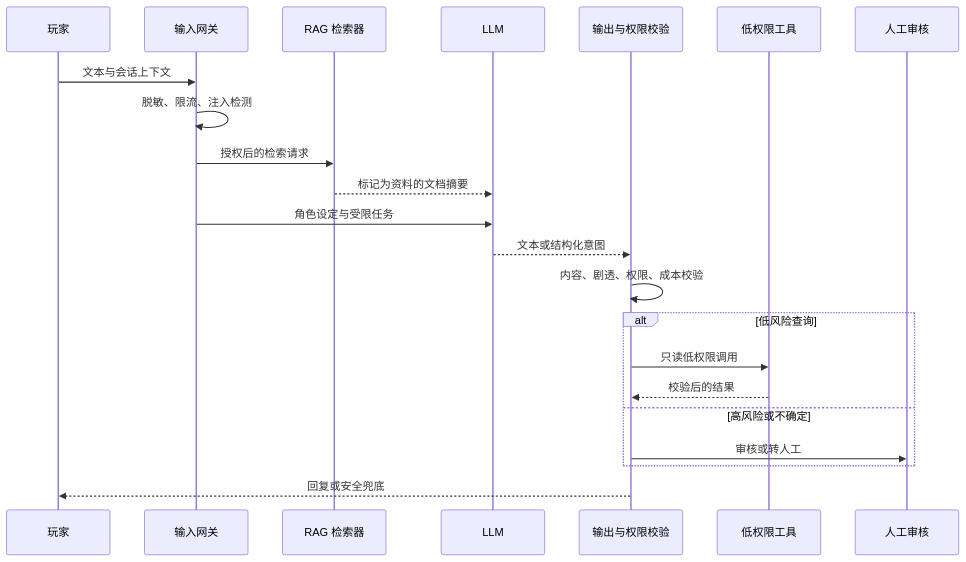
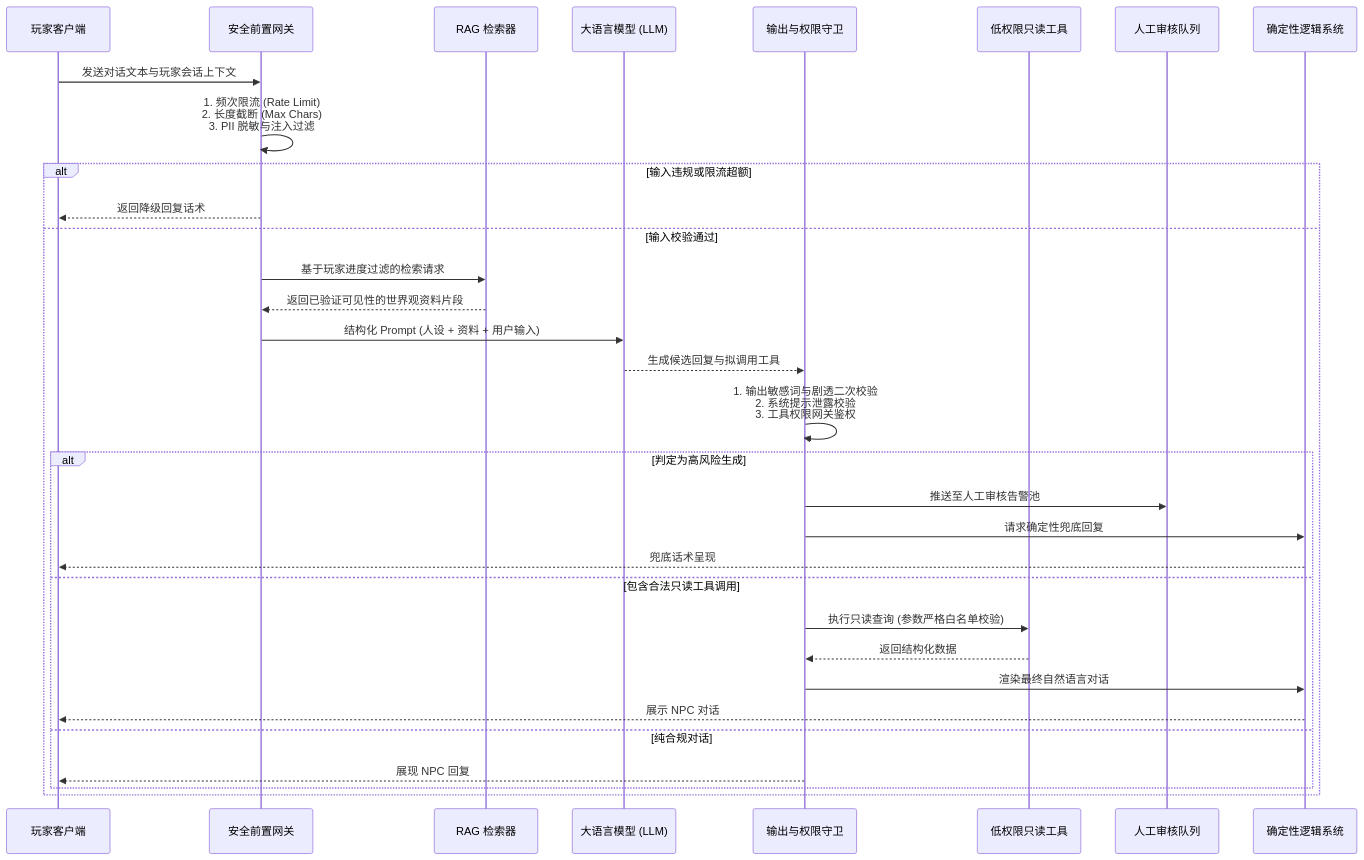
One commit to fantuan812/learning changed the third of 4 diagrams in 游戏AI/03-评测与安全/03-LLM-NPC安全.md. Above: the diagram before and after it, drawn with Mermaid. The commit also changed other lines of this file and 13 other files, not shown here.

````diff
--- a/游戏AI/03-评测与安全/03-LLM-NPC安全.md
+++ b/游戏AI/03-评测与安全/03-LLM-NPC安全.md
@@ -244,24 +149,35 @@
-~~~mermaid
+```mermaid
 sequenceDiagram
-    participant P as 玩家
-    participant G as 输入网关
+    participant P as 玩家客户端
+    participant G as 安全前置网关
     participant R as RAG 检索器
-    participant L as LLM
-    participant V as 输出与权限校验
-    participant T as 低权限工具
-    participant H as 人工审核
-    P->>G: 文本与会话上下文
-    G->>G: 脱敏、限流、注入检测
-    G->>R: 授权后的检索请求
-    R-->>L: 标记为资料的文档摘要
-    G->>L: 角色设定与受限任务
-    L-->>V: 文本或结构化意图
-    V->>V: 内容、剧透、权限、成本校验
-    alt 低风险查询
-        V->>T: 只读低权限调用
-        T-->>V: 校验后的结果
-    else 高风险或不确定
-        V->>H: 审核或转人工
+    participant L as 大语言模型 (LLM)
+    participant V as 输出与权限守卫
+    participant T as 低权限只读工具
+    participant H as 人工审核队列
+    participant S as 确定性逻辑系统
+
+    P->>G: 发送对话文本与玩家会话上下文
+    G->>G: 1. 频次限流 (Rate Limit)<br/>2. 长度截断 (Max Chars)<br/>3. PII 脱敏与注入过滤
+    alt 输入违规或限流超额
+        G-->>P: 返回降级回复话术
+    else 输入校验通过
+        G->>R: 基于玩家进度过滤的检索请求
+        R-->>G: 返回已验证可见性的世界观资料片段
+        G->>L: 结构化 Prompt (人设 + 资料 + 用户输入)
+        L-->>V: 生成候选回复与拟调用工具
+        V->>V: 1. 输出敏感词与剧透二次校验<br/>2. 系统提示泄露校验<br/>3. 工具权限网关鉴权
+        alt 判定为高风险生成
+            V->>H: 推送至人工审核告警池
+            V->>S: 请求确定性兜底回复
+            S-->>P: 兜底话术呈现
+        else 包含合法只读工具调用
+            V->>T: 执行只读查询 (参数严格白名单校验)
+            T-->>V: 返回结构化数据
+            V->>S: 渲染最终自然语言对话
+            S-->>P: 展示 NPC 对话
+        else 纯合规对话
+            V-->>P: 展现 NPC 回复
+        end
     end
-    V-->>P: 回复或安全兜底
-~~~
+```
````
